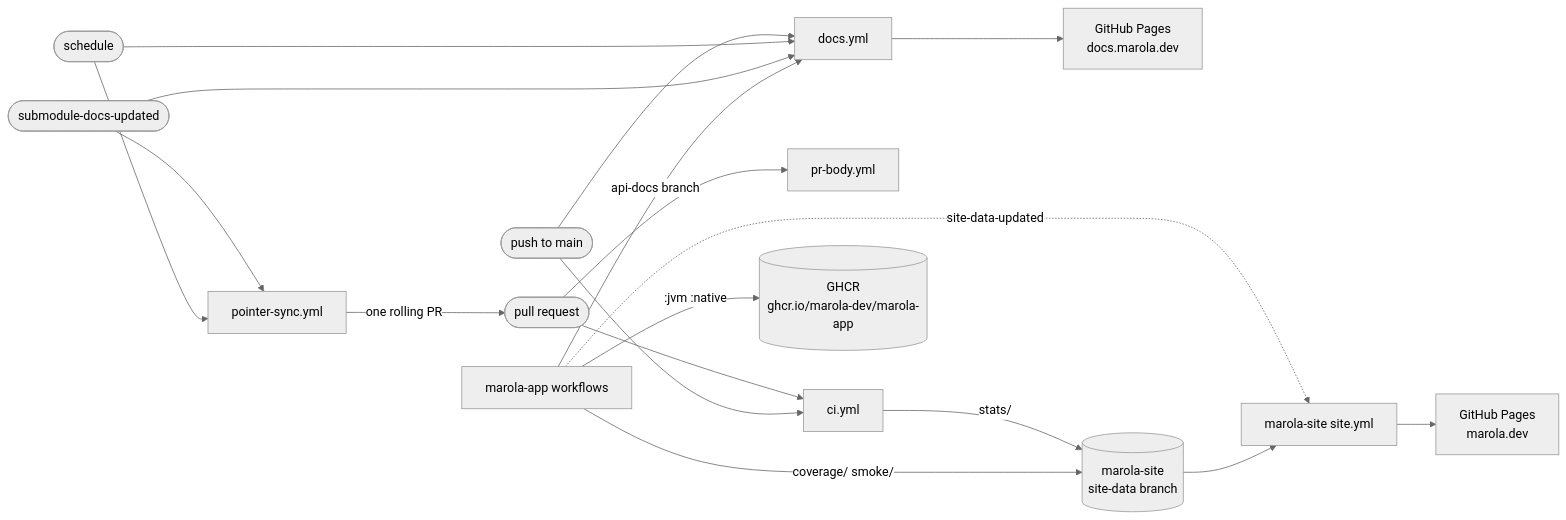
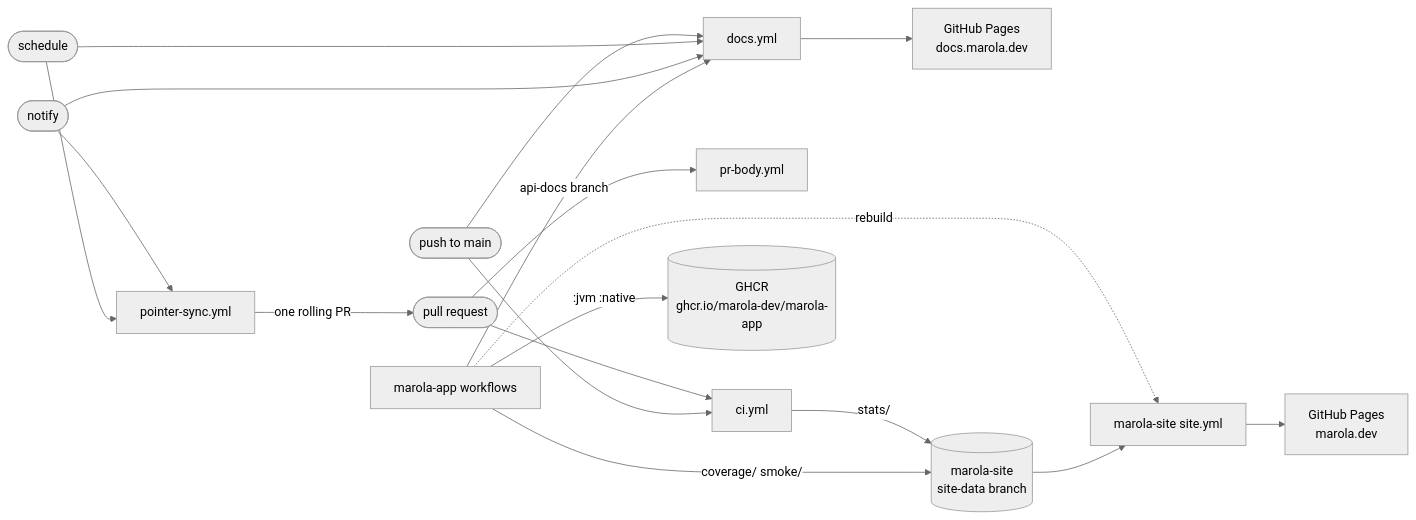
Before and after one commit to marola-dev/marola: the first of 2 diagrams in docs/3-Ways-of-working/CI-CD.md, drawn with Mermaid (neutral theme). The commit also changed other lines of this file and 8 other files, not shown here.

````diff
--- a/docs/3-Ways-of-working/CI-CD.md
+++ b/docs/3-Ways-of-working/CI-CD.md
@@ -13,20 +12,20 @@
 ```mermaid
 flowchart LR
   pr([pull request]) --> ci[ci.yml]
   pr --> body[pr-body.yml]
   main([push to main]) --> ci
   main --> docs[docs.yml]
   cron([schedule]) --> docs
-  sub([submodule-docs-updated]) --> docs
+  sub([notify]) --> docs
   sub --> sync[pointer-sync.yml]
   cron --> sync
   sync -- "one rolling PR" --> pr
   app[marola-app workflows] -- ":jvm :native" --> ghcr[(GHCR<br/>ghcr.io/marola-dev/marola-app)]
   app -- "api-docs branch" --> docs
   docs --> dpages[GitHub Pages<br/>docs.marola.dev]
   ci -- "stats/" --> sd[(marola-site<br/>site-data branch)]
   app -- "coverage/ smoke/" --> sd
-  app -. site-data-updated .-> site[marola-site site.yml]
+  app -. rebuild .-> site[marola-site site.yml]
   sd --> site
   site --> pages[GitHub Pages<br/>marola.dev]
 ```
````
